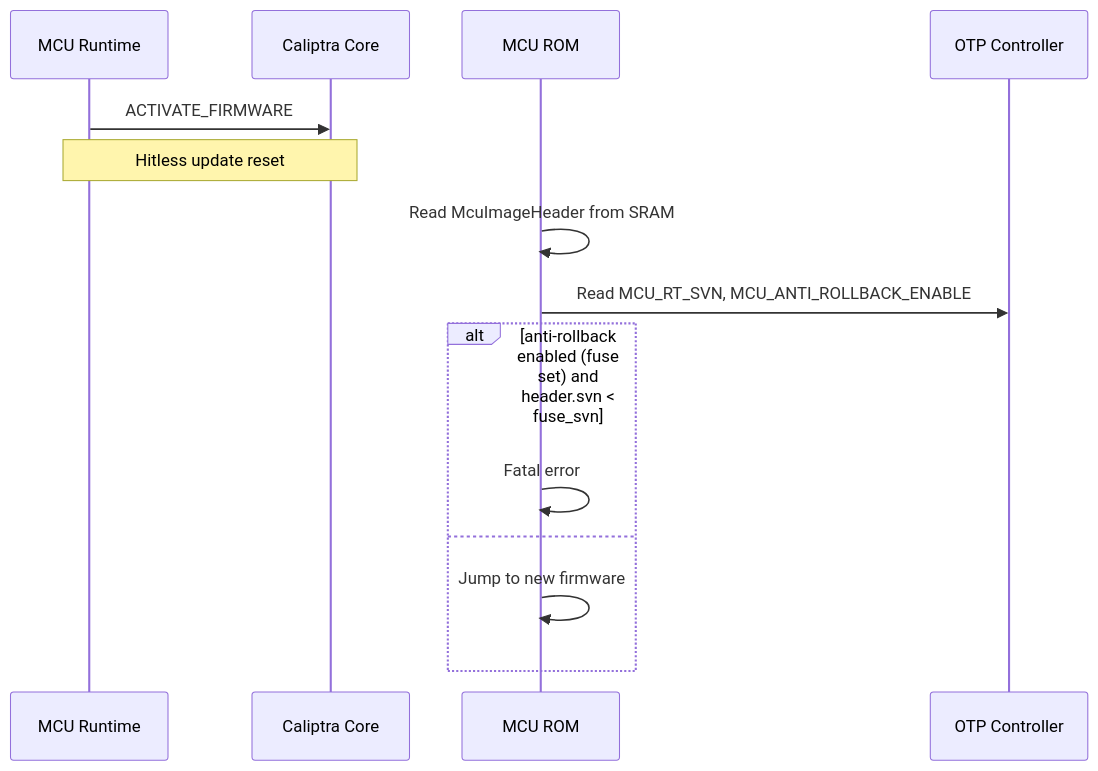
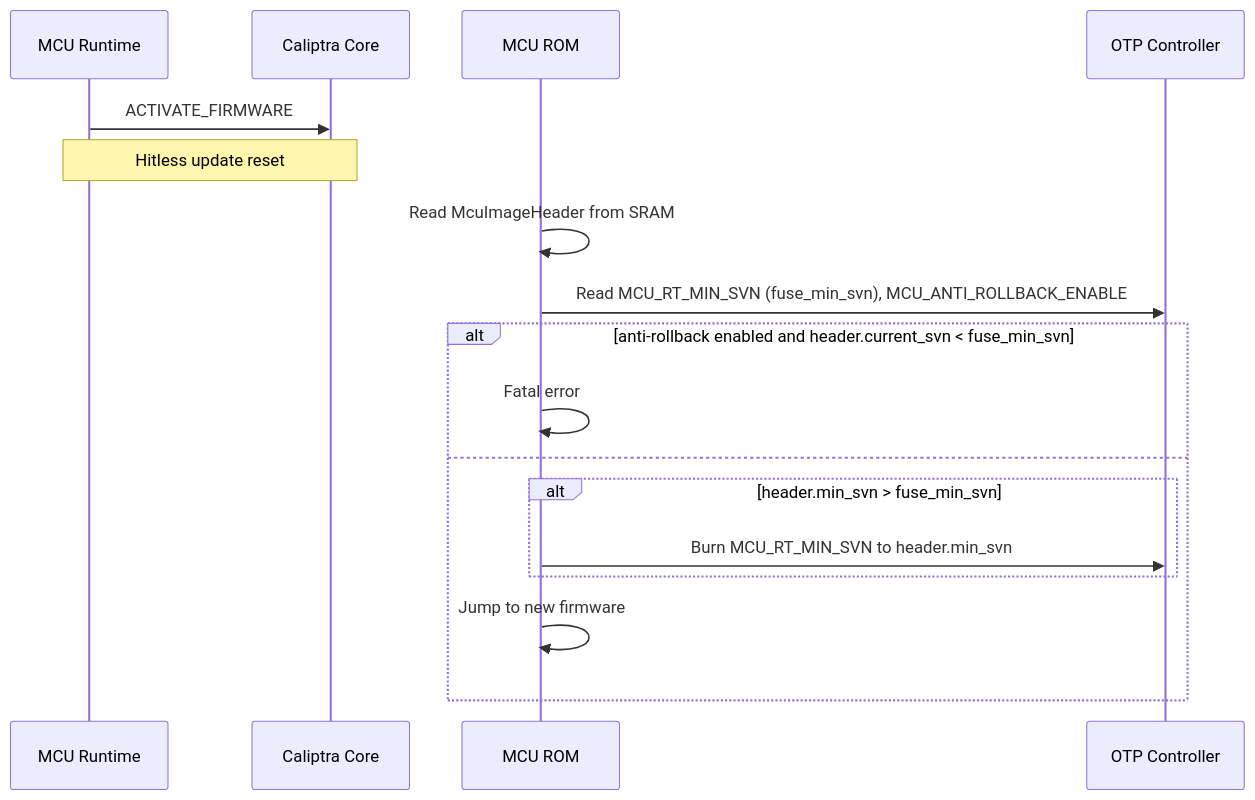
Before and after one commit to swenson/caliptra-mcu-sw: the third of 4 diagrams in docs/src/svn.md, drawn with Mermaid. The commit also changed other lines of this file, not shown here.

Commit message:
Use min_svn as well svn

````diff
--- a/docs/src/svn.md
+++ b/docs/src/svn.md
@@ -305,17 +333,20 @@
 ```mermaid
 sequenceDiagram
     participant RT as MCU Runtime
     participant Caliptra as Caliptra Core
     participant ROM as MCU ROM
     participant OTP as OTP Controller
 
     RT->>Caliptra: ACTIVATE_FIRMWARE
     Note over RT,Caliptra: Hitless update reset
     ROM->>ROM: Read McuImageHeader from SRAM
-    ROM->>OTP: Read MCU_RT_SVN, MCU_ANTI_ROLLBACK_ENABLE
-    alt anti-rollback enabled (fuse set) and header.svn < fuse_svn
+    ROM->>OTP: Read MCU_RT_MIN_SVN (fuse_min_svn), MCU_ANTI_ROLLBACK_ENABLE
+    alt anti-rollback enabled and header.current_svn < fuse_min_svn
         ROM->>ROM: Fatal error
     else
+        alt header.min_svn > fuse_min_svn
+            ROM->>OTP: Burn MCU_RT_MIN_SVN to header.min_svn
+        end
         ROM->>ROM: Jump to new firmware
     end
 ```
````
